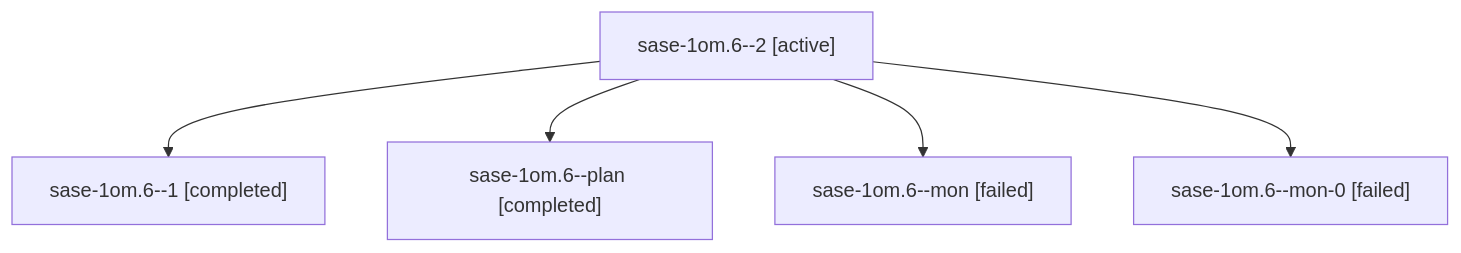
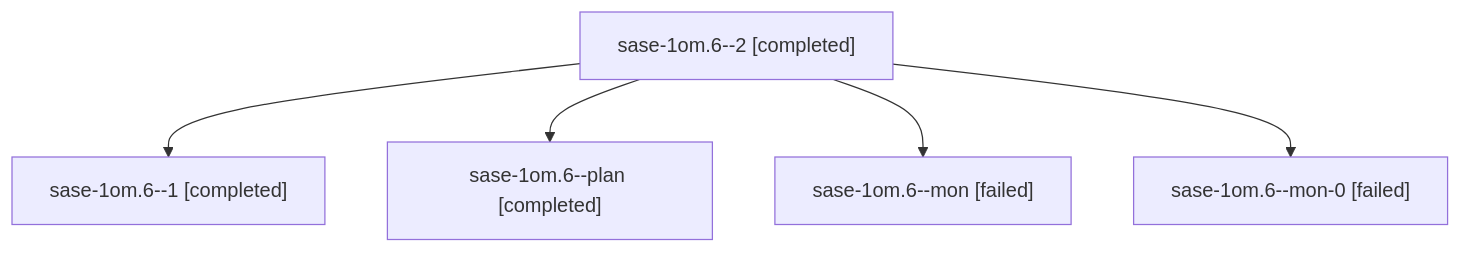
One commit to sase-org/sase--agents changed the diagram in sessions/bbugyi200.athena.sase-1om.6.md. Above: the diagram before and after it, drawn with Mermaid. The commit also changed other lines of this file and 89 other files, not shown here.

````diff
--- a/sessions/bbugyi200.athena.sase-1om.6.md
+++ b/sessions/bbugyi200.athena.sase-1om.6.md
@@ -9,12 +9,12 @@
 ```mermaid
 flowchart TD
-  n0["sase-1om.6--2 [active]"]
+  n0["sase-1om.6--2 [completed]"]
   n1["sase-1om.6--1 [completed]"]
   n0 --> n1
   n2["sase-1om.6--plan [completed]"]
   n0 --> n2
   n3["sase-1om.6--mon [failed]"]
   n0 --> n3
   n4["sase-1om.6--mon-0 [failed]"]
   n0 --> n4
 ```
````
